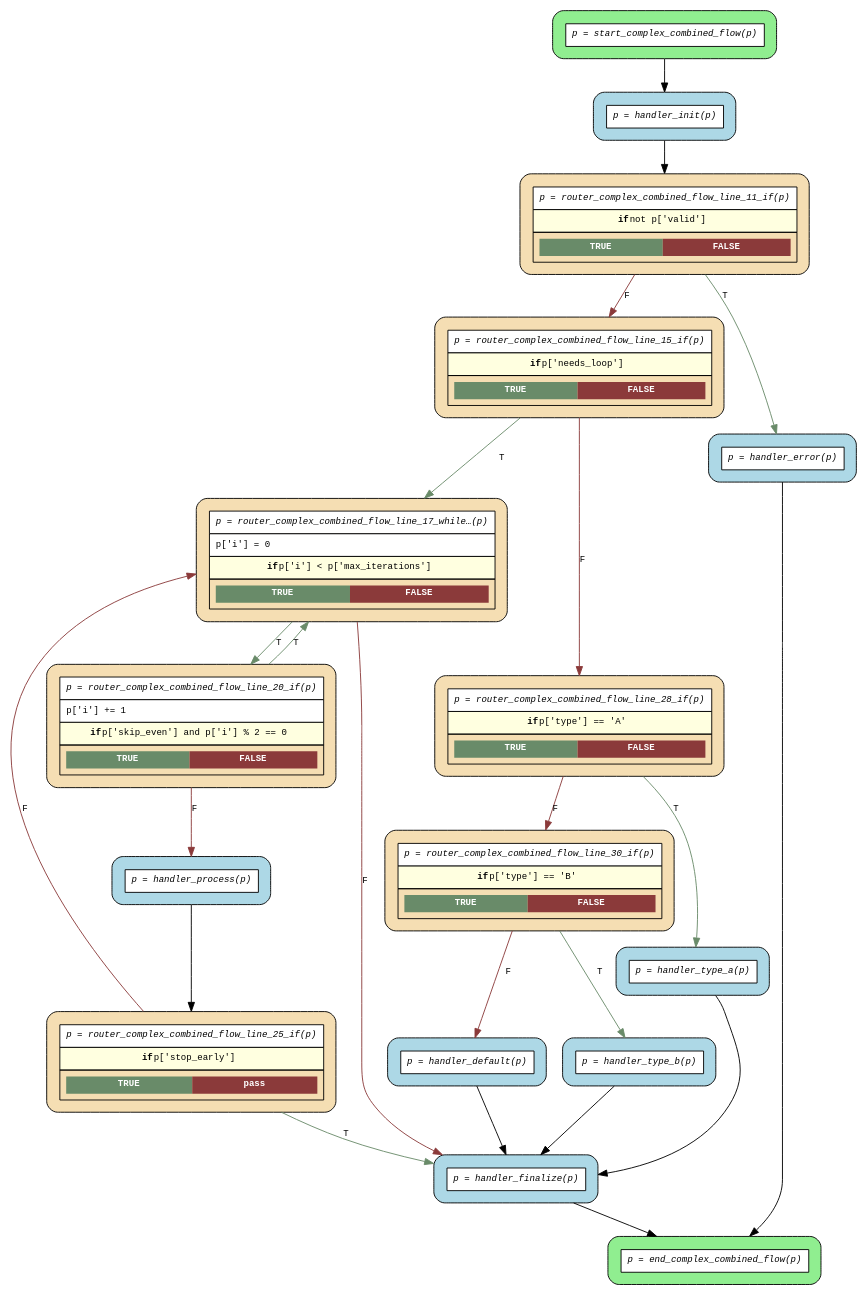
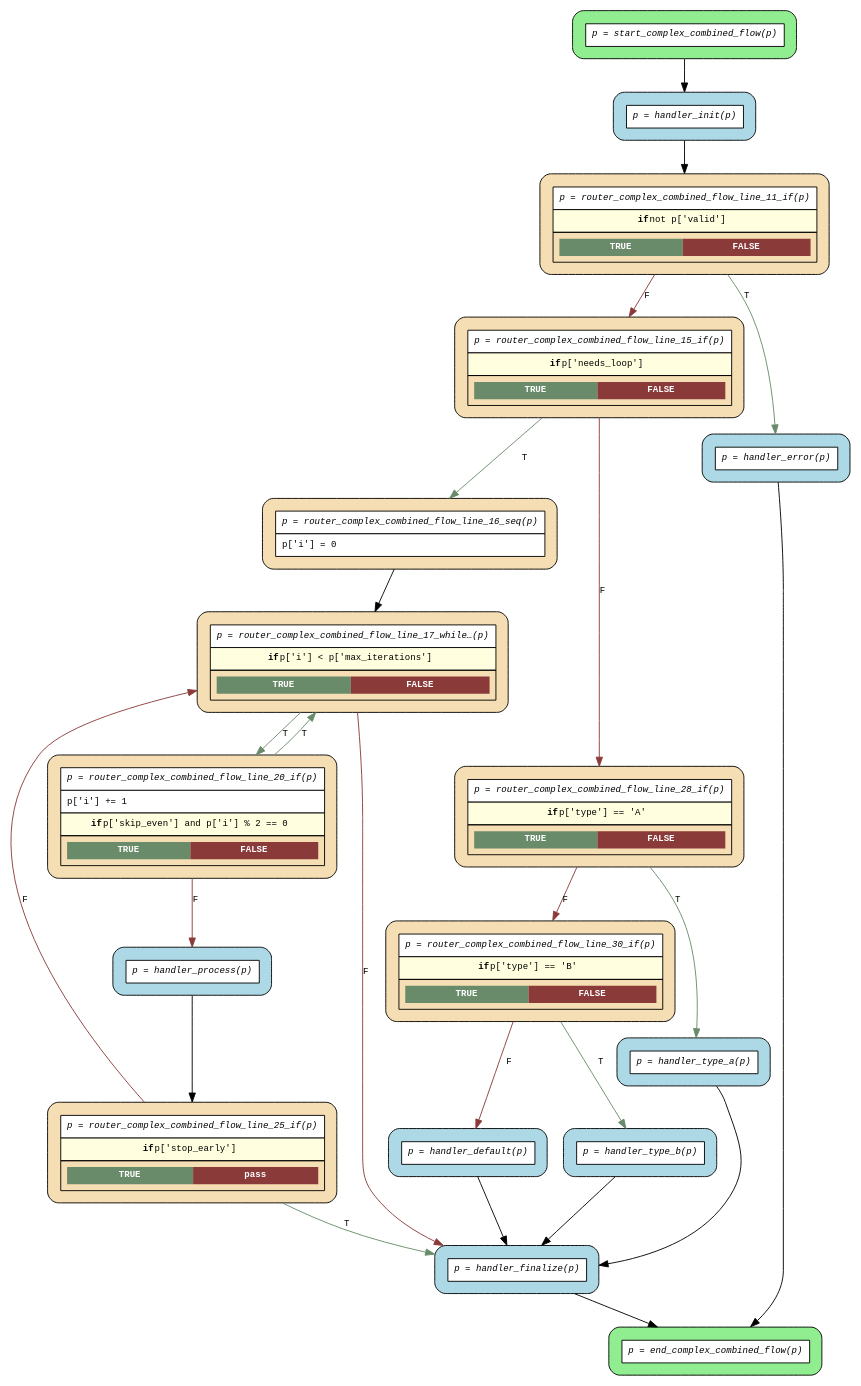
One commit to deliveryhero/asya changed the diagram in examples/flows/compiled/complex_combined/flow.dot. Above: the diagram before and after it, drawn with Graphviz. The commit also changed 31 other files, not shown here.

```diff
--- a/examples/flows/compiled/complex_combined/flow.dot
+++ b/examples/flows/compiled/complex_combined/flow.dot
@@ -1,46 +1,48 @@
 digraph flow {
   rankdir=TB;
   graph [fontname="Courier", fontsize=10];
   node [fontname="Courier", fontsize=10, shape=box, style="filled,rounded", margin="0.2"];
   edge [fontname="Courier", fontsize=10];
 
   start_complex_combined_flow [fillcolor="lightgreen", label=<<table border="0" cellspacing="0" cellpadding="6" cellborder="1"><tr><td bgcolor="white" align="center"><i>p = start_complex_combined_flow(p)</i></td></tr></table>>];
   router_complex_combined_flow_line_25_if [fillcolor="wheat", label=<<table border="0" cellspacing="0" cellpadding="6" cellborder="1"><tr><td bgcolor="white" align="center"><i>p = router_complex_combined_flow_line_25_if(p)</i></td></tr><tr><td bgcolor="lightyellow"><b>if</b> p['stop_early']</td></tr><tr><td><table border="0" cellspacing="0" cellpadding="4"><tr><td bgcolor="darkseagreen4"><font color="white"><b>TRUE</b></font></td><td bgcolor="indianred4"><font color="white"><b>pass</b></font></td></tr></table></td></tr></table>>];
   router_complex_combined_flow_line_20_if [fillcolor="wheat", label=<<table border="0" cellspacing="0" cellpadding="6" cellborder="1"><tr><td bgcolor="white" align="center"><i>p = router_complex_combined_flow_line_20_if(p)</i></td></tr><tr><td bgcolor="white" align="left">p['i'] += 1</td></tr><tr><td bgcolor="lightyellow"><b>if</b> p['skip_even'] and p['i'] % 2 == 0</td></tr><tr><td><table border="0" cellspacing="0" cellpadding="4"><tr><td bgcolor="darkseagreen4"><font color="white"><b>TRUE</b></font></td><td bgcolor="indianred4"><font color="white"><b>FALSE</b></font></td></tr></table></td></tr></table>>];
-  router_complex_combined_flow_line_17_while_0 [fillcolor="wheat", label=<<table border="0" cellspacing="0" cellpadding="6" cellborder="1"><tr><td bgcolor="white" align="center"><i>p = router_complex_combined_flow_line_17_while…(p)</i></td></tr><tr><td bgcolor="white" align="left">p['i'] = 0</td></tr><tr><td bgcolor="lightyellow"><b>if</b> p['i'] &lt; p['max_iterations']</td></tr><tr><td><table border="0" cellspacing="0" cellpadding="4"><tr><td bgcolor="darkseagreen4"><font color="white"><b>TRUE</b></font></td><td bgcolor="indianred4"><font color="white"><b>FALSE</b></font></td></tr></table></td></tr></table>>];
+  router_complex_combined_flow_line_17_while_0 [fillcolor="wheat", label=<<table border="0" cellspacing="0" cellpadding="6" cellborder="1"><tr><td bgcolor="white" align="center"><i>p = router_complex_combined_flow_line_17_while…(p)</i></td></tr><tr><td bgcolor="lightyellow"><b>if</b> p['i'] &lt; p['max_iterations']</td></tr><tr><td><table border="0" cellspacing="0" cellpadding="4"><tr><td bgcolor="darkseagreen4"><font color="white"><b>TRUE</b></font></td><td bgcolor="indianred4"><font color="white"><b>FALSE</b></font></td></tr></table></td></tr></table>>];
+  router_complex_combined_flow_line_16_seq [fillcolor="wheat", label=<<table border="0" cellspacing="0" cellpadding="6" cellborder="1"><tr><td bgcolor="white" align="center"><i>p = router_complex_combined_flow_line_16_seq(p)</i></td></tr><tr><td bgcolor="white" align="left">p['i'] = 0</td></tr></table>>];
   router_complex_combined_flow_line_30_if [fillcolor="wheat", label=<<table border="0" cellspacing="0" cellpadding="6" cellborder="1"><tr><td bgcolor="white" align="center"><i>p = router_complex_combined_flow_line_30_if(p)</i></td></tr><tr><td bgcolor="lightyellow"><b>if</b> p['type'] == 'B'</td></tr><tr><td><table border="0" cellspacing="0" cellpadding="4"><tr><td bgcolor="darkseagreen4"><font color="white"><b>TRUE</b></font></td><td bgcolor="indianred4"><font color="white"><b>FALSE</b></font></td></tr></table></td></tr></table>>];
   router_complex_combined_flow_line_28_if [fillcolor="wheat", label=<<table border="0" cellspacing="0" cellpadding="6" cellborder="1"><tr><td bgcolor="white" align="center"><i>p = router_complex_combined_flow_line_28_if(p)</i></td></tr><tr><td bgcolor="lightyellow"><b>if</b> p['type'] == 'A'</td></tr><tr><td><table border="0" cellspacing="0" cellpadding="4"><tr><td bgcolor="darkseagreen4"><font color="white"><b>TRUE</b></font></td><td bgcolor="indianred4"><font color="white"><b>FALSE</b></font></td></tr></table></td></tr></table>>];
   router_complex_combined_flow_line_15_if [fillcolor="wheat", label=<<table border="0" cellspacing="0" cellpadding="6" cellborder="1"><tr><td bgcolor="white" align="center"><i>p = router_complex_combined_flow_line_15_if(p)</i></td></tr><tr><td bgcolor="lightyellow"><b>if</b> p['needs_loop']</td></tr><tr><td><table border="0" cellspacing="0" cellpadding="4"><tr><td bgcolor="darkseagreen4"><font color="white"><b>TRUE</b></font></td><td bgcolor="indianred4"><font color="white"><b>FALSE</b></font></td></tr></table></td></tr></table>>];
   router_complex_combined_flow_line_11_if [fillcolor="wheat", label=<<table border="0" cellspacing="0" cellpadding="6" cellborder="1"><tr><td bgcolor="white" align="center"><i>p = router_complex_combined_flow_line_11_if(p)</i></td></tr><tr><td bgcolor="lightyellow"><b>if</b> not p['valid']</td></tr><tr><td><table border="0" cellspacing="0" cellpadding="4"><tr><td bgcolor="darkseagreen4"><font color="white"><b>TRUE</b></font></td><td bgcolor="indianred4"><font color="white"><b>FALSE</b></font></td></tr></table></td></tr></table>>];
   end_complex_combined_flow [fillcolor="lightgreen", label=<<table border="0" cellspacing="0" cellpadding="6" cellborder="1"><tr><td bgcolor="white" align="center"><i>p = end_complex_combined_flow(p)</i></td></tr></table>>];
   handler_default [fillcolor="lightblue", label=<<table border="0" cellspacing="0" cellpadding="6" cellborder="1"><tr><td bgcolor="white" align="center"><i>p = handler_default(p)</i></td></tr></table>>];
   handler_error [fillcolor="lightblue", label=<<table border="0" cellspacing="0" cellpadding="6" cellborder="1"><tr><td bgcolor="white" align="center"><i>p = handler_error(p)</i></td></tr></table>>];
   handler_finalize [fillcolor="lightblue", label=<<table border="0" cellspacing="0" cellpadding="6" cellborder="1"><tr><td bgcolor="white" align="center"><i>p = handler_finalize(p)</i></td></tr></table>>];
   handler_init [fillcolor="lightblue", label=<<table border="0" cellspacing="0" cellpadding="6" cellborder="1"><tr><td bgcolor="white" align="center"><i>p = handler_init(p)</i></td></tr></table>>];
   handler_process [fillcolor="lightblue", label=<<table border="0" cellspacing="0" cellpadding="6" cellborder="1"><tr><td bgcolor="white" align="center"><i>p = handler_process(p)</i></td></tr></table>>];
   handler_type_a [fillcolor="lightblue", label=<<table border="0" cellspacing="0" cellpadding="6" cellborder="1"><tr><td bgcolor="white" align="center"><i>p = handler_type_a(p)</i></td></tr></table>>];
   handler_type_b [fillcolor="lightblue", label=<<table border="0" cellspacing="0" cellpadding="6" cellborder="1"><tr><td bgcolor="white" align="center"><i>p = handler_type_b(p)</i></td></tr></table>>];
 
   handler_default -> handler_finalize;
   handler_error -> end_complex_combined_flow;
   handler_finalize -> end_complex_combined_flow;
   handler_init -> router_complex_combined_flow_line_11_if;
   handler_process -> router_complex_combined_flow_line_25_if;
   handler_type_a -> handler_finalize;
   handler_type_b -> handler_finalize;
   router_complex_combined_flow_line_11_if -> handler_error [label="T", color=darkseagreen4];
   router_complex_combined_flow_line_11_if -> router_complex_combined_flow_line_15_if [label="F", color=indianred4];
-  router_complex_combined_flow_line_15_if -> router_complex_combined_flow_line_17_while_0 [label="T", color=darkseagreen4];
+  router_complex_combined_flow_line_15_if -> router_complex_combined_flow_line_16_seq [label="T", color=darkseagreen4];
   router_complex_combined_flow_line_15_if -> router_complex_combined_flow_line_28_if [label="F", color=indianred4];
+  router_complex_combined_flow_line_16_seq -> router_complex_combined_flow_line_17_while_0;
   router_complex_combined_flow_line_17_while_0 -> handler_finalize [label="F", color=indianred4];
   router_complex_combined_flow_line_17_while_0 -> router_complex_combined_flow_line_20_if [label="T", color=darkseagreen4];
   router_complex_combined_flow_line_20_if -> handler_process [label="F", color=indianred4];
   router_complex_combined_flow_line_20_if -> router_complex_combined_flow_line_17_while_0 [label="T", color=darkseagreen4];
   router_complex_combined_flow_line_25_if -> handler_finalize [label="T", color=darkseagreen4];
   router_complex_combined_flow_line_25_if -> router_complex_combined_flow_line_17_while_0 [label="F", color=indianred4, constraint=false];
   router_complex_combined_flow_line_28_if -> handler_type_a [label="T", color=darkseagreen4];
   router_complex_combined_flow_line_28_if -> router_complex_combined_flow_line_30_if [label="F", color=indianred4];
   router_complex_combined_flow_line_30_if -> handler_default [label="F", color=indianred4];
   router_complex_combined_flow_line_30_if -> handler_type_b [label="T", color=darkseagreen4];
   start_complex_combined_flow -> handler_init;
 }
```
